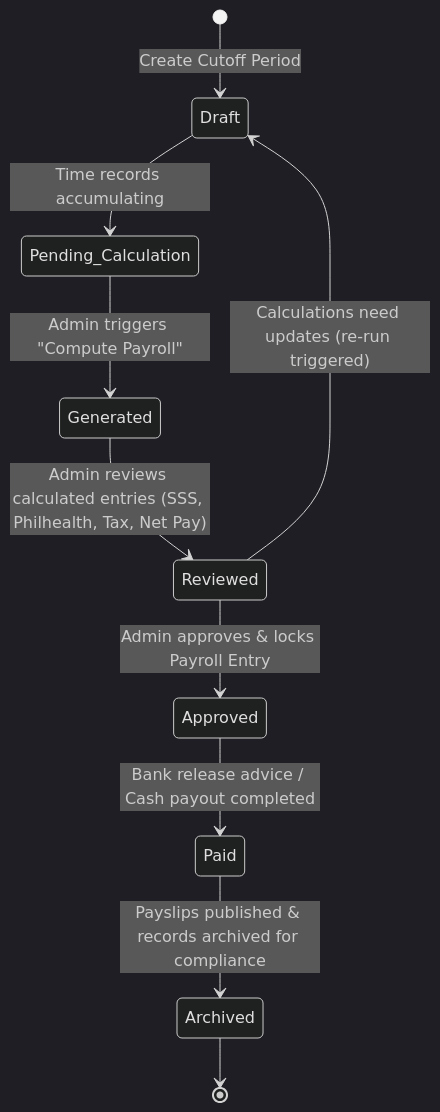
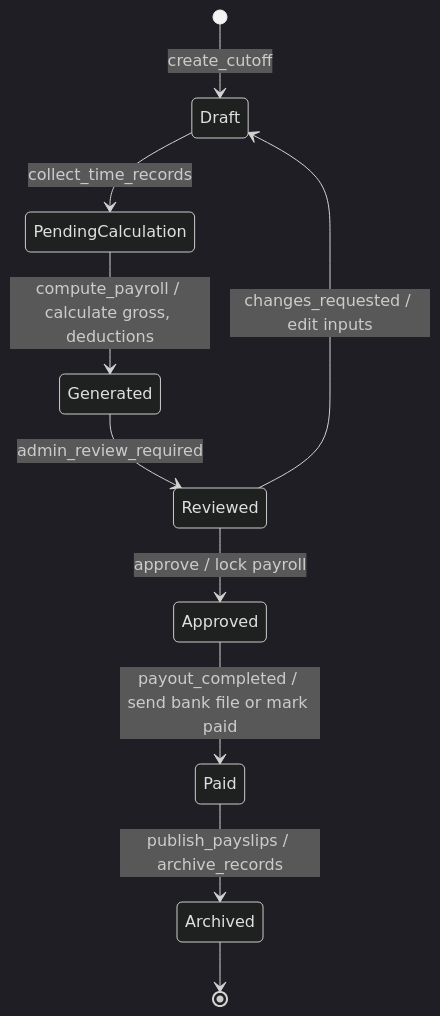
Before and after one commit to JAZSI/PayrollSystem: the fourth of 5 diagrams in .docs/diagrams.md, drawn with Mermaid (dark theme). The commit also changed other lines of this file and 5 other files, not shown here.

Commit message:
Fix Diagrams

````diff
--- a/.docs/diagrams.md
+++ b/.docs/diagrams.md
@@ -518,14 +271,14 @@
 ```mermaid
 stateDiagram-v2
-    [*] --> Draft : Create Cutoff Period
-    Draft --> Pending_Calculation : Time records accumulating
-    Pending_Calculation --> Generated : Admin triggers "Compute Payroll"
-    
-    Generated --> Reviewed : Admin reviews calculated entries (SSS, Philhealth, Tax, Net Pay)
-    Reviewed --> Draft : Calculations need updates (re-run triggered)
-    Reviewed --> Approved : Admin approves & locks Payroll Entry
-    
-    Approved --> Paid : Bank release advice / Cash payout completed
-    Paid --> Archived : Payslips published & records archived for compliance
+    [*] --> Draft : create_cutoff
+    Draft --> PendingCalculation : collect_time_records
+    PendingCalculation --> Generated : compute_payroll / calculate gross, deductions
+
+    Generated --> Reviewed : admin_review_required
+    Reviewed --> Draft : changes_requested / edit inputs
+    Reviewed --> Approved : approve / lock payroll
+
+    Approved --> Paid : payout_completed / send bank file or mark paid
+    Paid --> Archived : publish_payslips / archive_records
     Archived --> [*]
 ```
````
